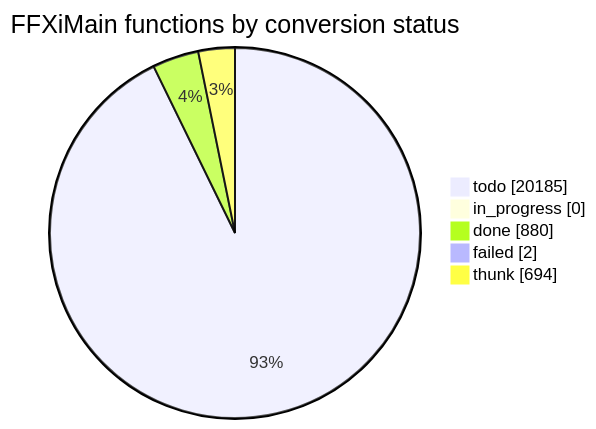
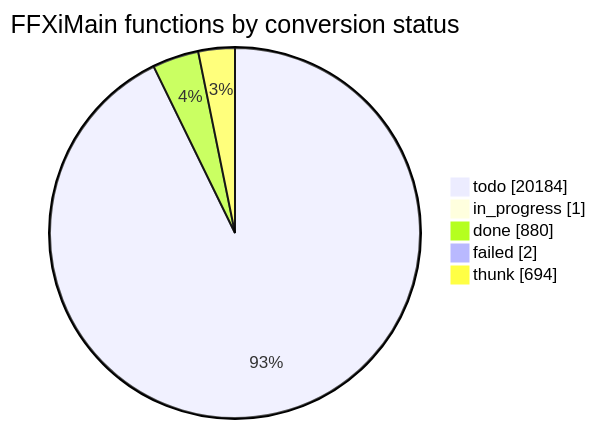
One commit to cowrevenge/cow_kuluu_xi_anything changed the diagram in docs/cow/STATUS.md. Above: the diagram before and after it, drawn with Mermaid. The commit also changed other lines of this file and 7 other files, not shown here.

````diff
--- a/docs/cow/STATUS.md
+++ b/docs/cow/STATUS.md
@@ -18,9 +18,9 @@
 ```mermaid
 pie showData
     title FFXiMain functions by conversion status
-    "todo" : 20185
-    "in_progress" : 0
+    "todo" : 20184
+    "in_progress" : 1
     "done" : 880
     "failed" : 2
     "thunk" : 694
 ```
````
